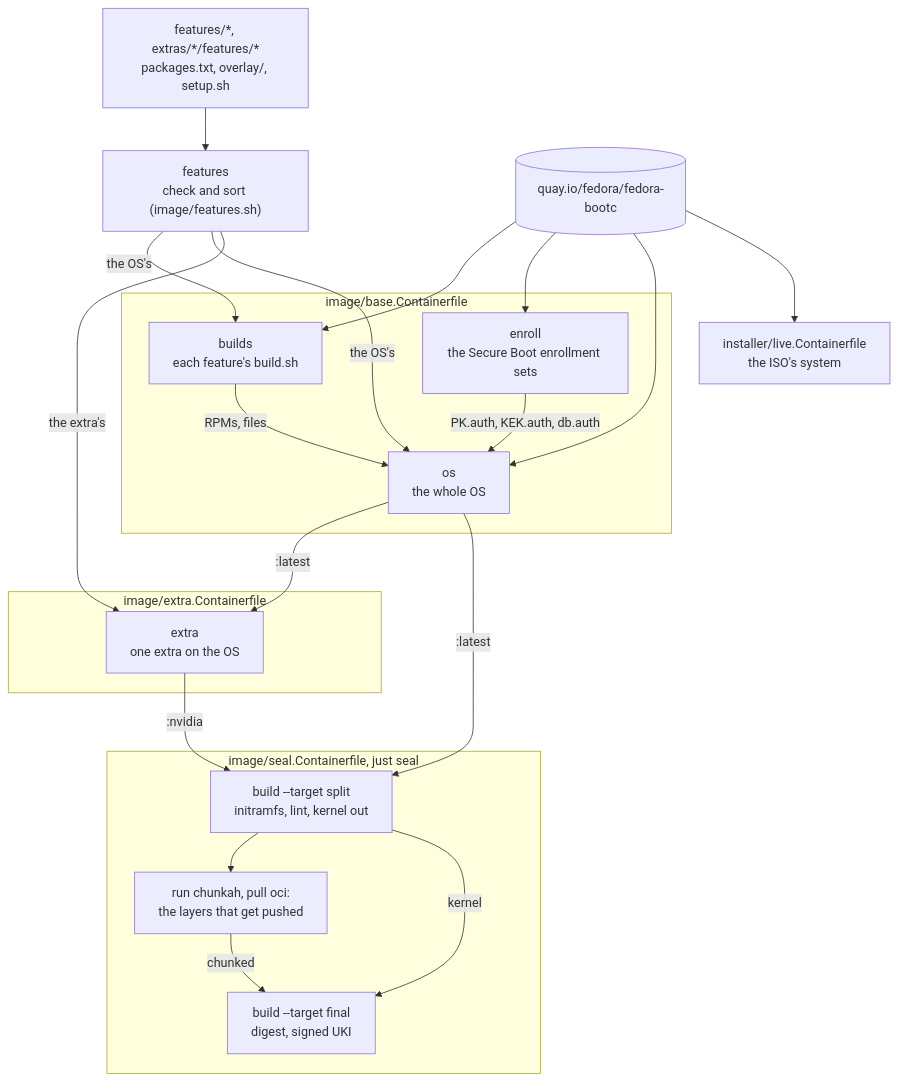
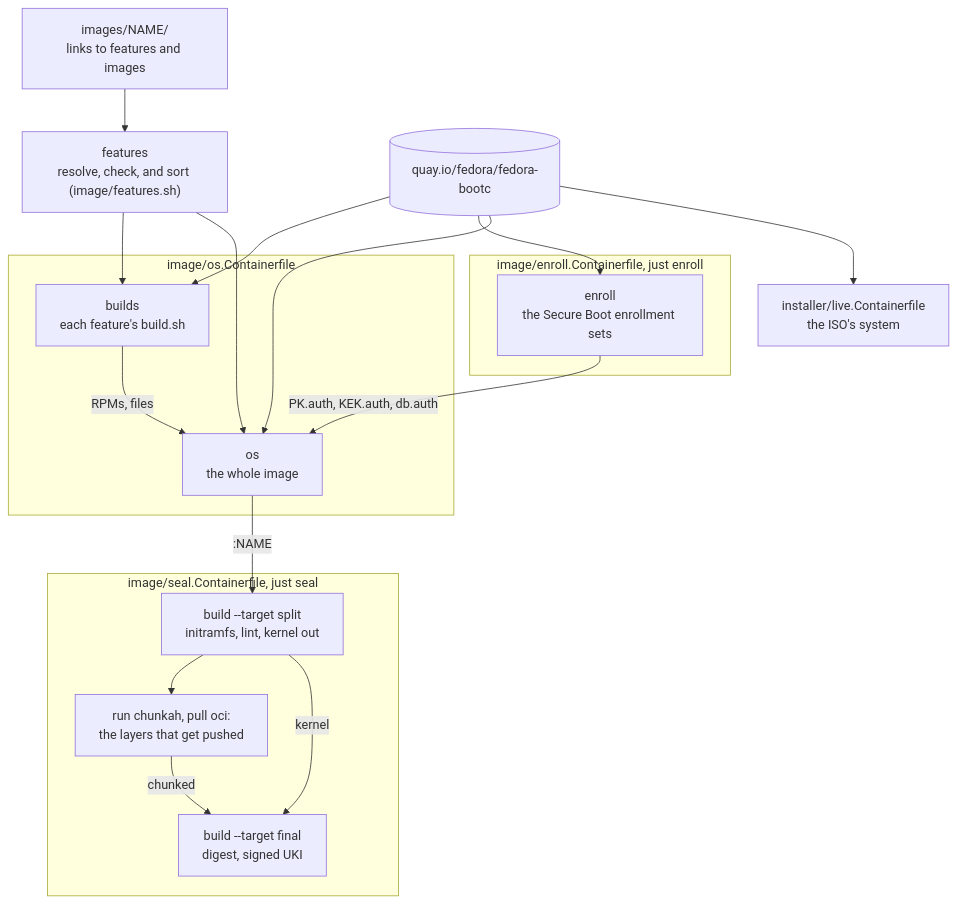
The first of 3 diagrams in docs/architecture/build.md (LucaRickli/fedora-bootc), drawn with Mermaid before and after one commit. The commit also changed other lines of this file and 84 other files, not shown here.

Commit message:
refactor: images/ from feature links, stable bootc, unique brlapi key

````diff
--- a/docs/architecture/build.md
+++ b/docs/architecture/build.md
@@ -23,32 +23,28 @@
 ```mermaid
 flowchart TB
-    repo["features/*, extras/*/features/*<br/>packages.txt, overlay/, setup.sh"] --> sort["features<br/>check and sort (image/features.sh)"]
-    subgraph basecf["image/base.Containerfile"]
+    img["images/NAME/<br/>links to features and images"] --> sort["features<br/>resolve, check, and sort (image/features.sh)"]
+    subgraph enrollcf["image/enroll.Containerfile, just enroll"]
+        enroll["enroll<br/>the Secure Boot enrollment sets"]
+    end
+    subgraph oscf["image/os.Containerfile"]
         builds["builds<br/>each feature's build.sh"]
-        enroll["enroll<br/>the Secure Boot enrollment sets"]
-        os["os<br/>the whole OS"]
-    end
-    subgraph extracf["image/extra.Containerfile"]
-        extra["extra<br/>one extra on the OS"]
+        os["os<br/>the whole image"]
     end
     subgraph sealcf["image/seal.Containerfile, just seal"]
         split["build --target split<br/>initramfs, lint, kernel out"]
         chunkah["run chunkah, pull oci:<br/>the layers that get pushed"]
         final["build --target final<br/>digest, signed UKI"]
     end
     fedora[("quay.io/fedora/fedora-bootc")] --> builds
     fedora --> enroll
     fedora --> os
     fedora --> live["installer/live.Containerfile<br/>the ISO's system"]
-    sort -- "the OS's" --> builds
-    sort -- "the OS's" --> os
+    sort --> builds
+    sort --> os
     builds -- "RPMs, files" --> os
     enroll -- "PK.auth, KEK.auth, db.auth" --> os
-    sort -- "the extra's" --> extra
-    os -- ":latest" --> extra
-    os -- ":latest" --> split
-    extra -- ":nvidia" --> split
+    os -- ":NAME" --> split
     split --> chunkah
     chunkah -- "chunked" --> final
     split -- "kernel" --> final
 ```
````
